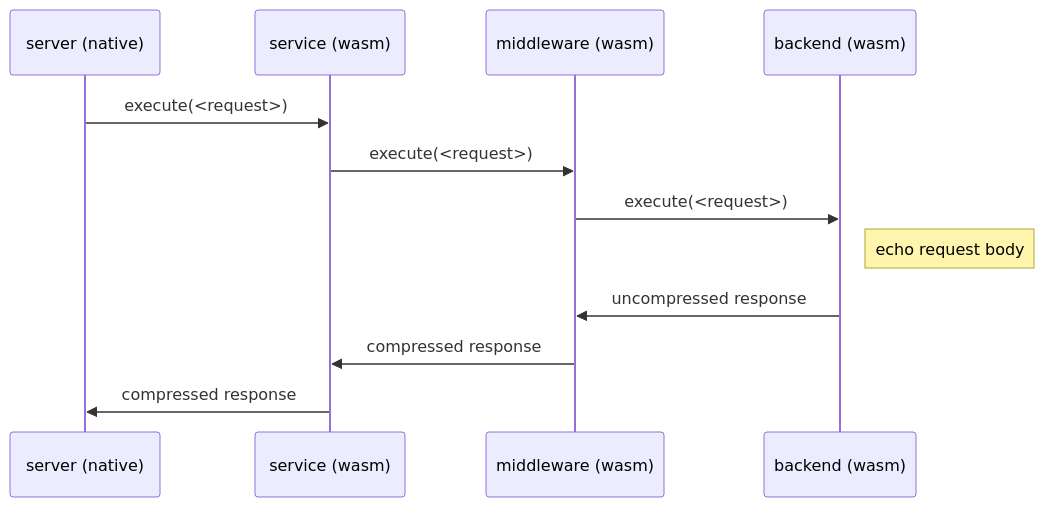
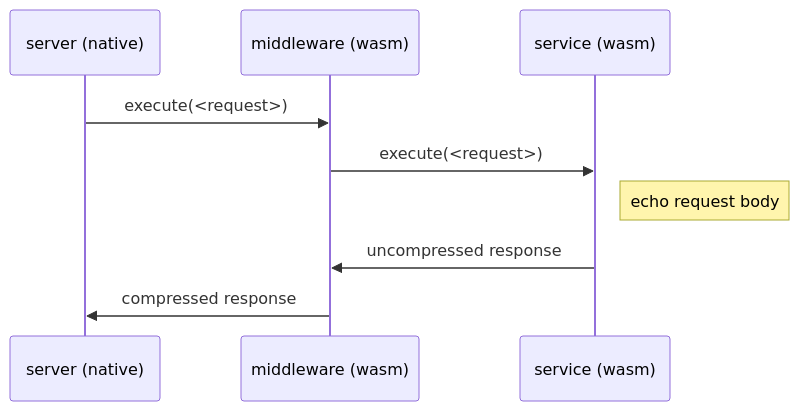
One commit to bytecodealliance/wasm-tools changed the second of 2 diagrams in crates/wasm-compose/example/README.md. Above: the diagram before and after it, drawn with Mermaid. The commit also changed other lines of this file and 9 other files, not shown here.

````diff
--- a/crates/wasm-compose/example/README.md
+++ b/crates/wasm-compose/example/README.md
@@ -72,14 +66,11 @@
 ```mermaid
 sequenceDiagram
     participant server (native)
+    participant middleware (wasm)
     participant service (wasm)
-    participant middleware (wasm)
-    participant backend (wasm)
-    server (native)->>service (wasm): execute(<request>)
-    service (wasm)->>middleware (wasm): execute(<request>)
-    middleware (wasm)->>backend (wasm): execute(<request>)
-    Note right of backend (wasm): echo request body
-    backend (wasm)->>middleware (wasm): uncompressed response
-    middleware (wasm)->>service (wasm): compressed response
-    service (wasm)->>server (native): compressed response
+    server (native)->>middleware (wasm): execute(<request>)
+    middleware (wasm)->>service (wasm): execute(<request>)
+    Note right of service (wasm): echo request body
+    service (wasm)->>middleware (wasm): uncompressed response
+    middleware (wasm)->>server (native): compressed response
 ```
````
